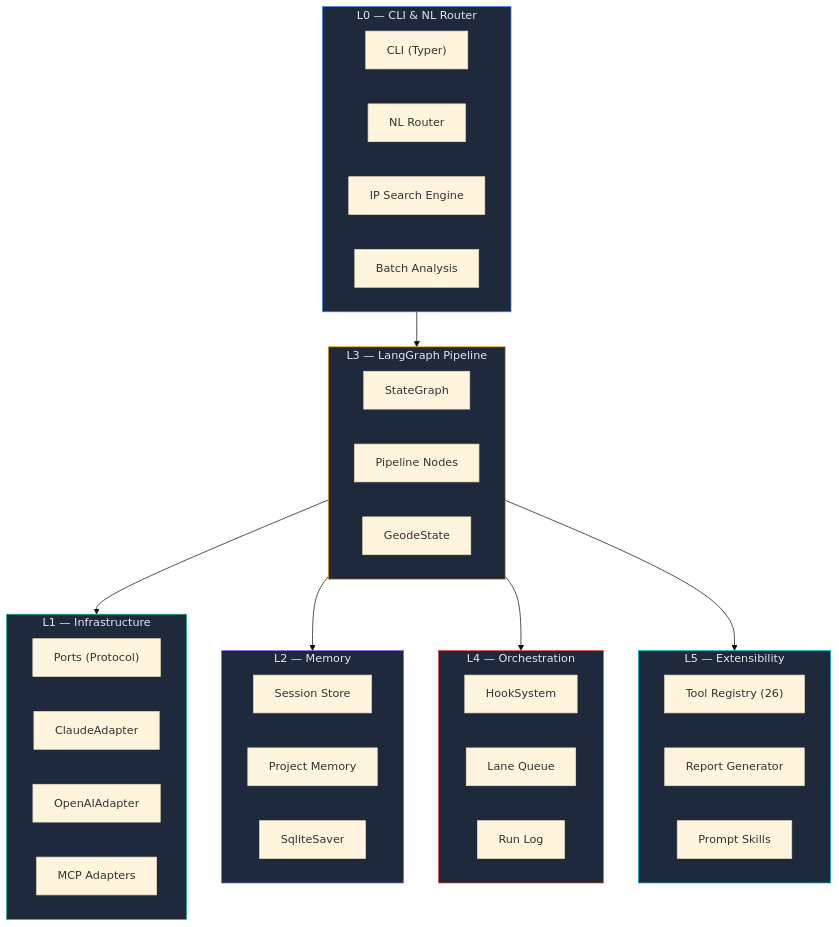
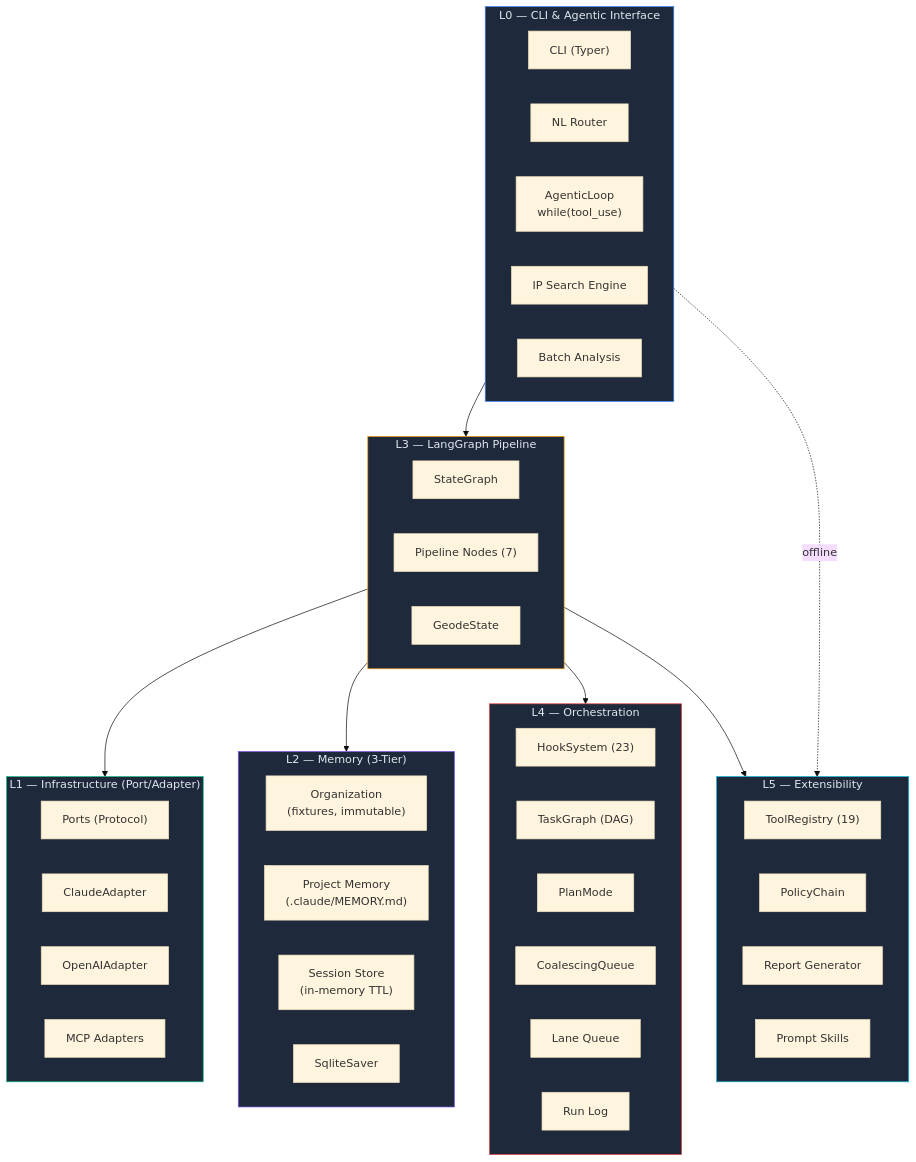
Before and after one commit to mangowhoiscloud/geode: the first of 7 diagrams in README.md, drawn with Mermaid (base theme). The commit also changed other lines of this file and 1 other file, not shown here.

First line of the commit message:
docs: comprehensive README v0.7.0 update with mermaid diagrams

````diff
--- a/README.md
+++ b/README.md
@@ -40,54 +40,61 @@
 ```mermaid
 graph TB
-    subgraph L0["L0 — CLI & NL Router"]
+    subgraph L0["L0 — CLI & Agentic Interface"]
         CLI["CLI (Typer)"]
         NLR["NL Router"]
+        AL["AgenticLoop<br/>while(tool_use)"]
         Search["IP Search Engine"]
         Batch["Batch Analysis"]
     end
 
-    subgraph L1["L1 — Infrastructure"]
+    subgraph L1["L1 — Infrastructure (Port/Adapter)"]
         direction LR
         Ports["Ports (Protocol)"]
         Claude["ClaudeAdapter"]
         OpenAI["OpenAIAdapter"]
         MCP["MCP Adapters"]
     end
 
-    subgraph L2["L2 — Memory"]
-        Session["Session Store"]
-        Project["Project Memory"]
+    subgraph L2["L2 — Memory (3-Tier)"]
+        Org["Organization<br/>(fixtures, immutable)"]
+        Project["Project Memory<br/>(.claude/MEMORY.md)"]
+        Session["Session Store<br/>(in-memory TTL)"]
         Checkpoint["SqliteSaver"]
     end
 
     subgraph L3["L3 — LangGraph Pipeline"]
         Graph["StateGraph"]
-        Nodes["Pipeline Nodes"]
+        Nodes["Pipeline Nodes (7)"]
         State["GeodeState"]
     end
 
     subgraph L4["L4 — Orchestration"]
-        Hooks["HookSystem"]
+        Hooks["HookSystem (23)"]
+        Tasks["TaskGraph (DAG)"]
+        Plan["PlanMode"]
+        Coal["CoalescingQueue"]
         Lanes["Lane Queue"]
         RunLog["Run Log"]
     end
 
     subgraph L5["L5 — Extensibility"]
-        Tools["Tool Registry (26)"]
+        Tools["ToolRegistry (19)"]
+        Policy["PolicyChain"]
         Reports["Report Generator"]
         Templates["Prompt Skills"]
     end
 
     L0 --> L3
     L3 --> L1
     L3 --> L2
     L3 --> L4
     L3 --> L5
+    L0 -.->|"offline"| L5
 
     style L0 fill:#1e293b,stroke:#3b82f6,color:#e2e8f0
     style L1 fill:#1e293b,stroke:#10b981,color:#e2e8f0
     style L2 fill:#1e293b,stroke:#8b5cf6,color:#e2e8f0
     style L3 fill:#1e293b,stroke:#f59e0b,color:#e2e8f0
     style L4 fill:#1e293b,stroke:#ef4444,color:#e2e8f0
     style L5 fill:#1e293b,stroke:#06b6d4,color:#e2e8f0
 ```
````
